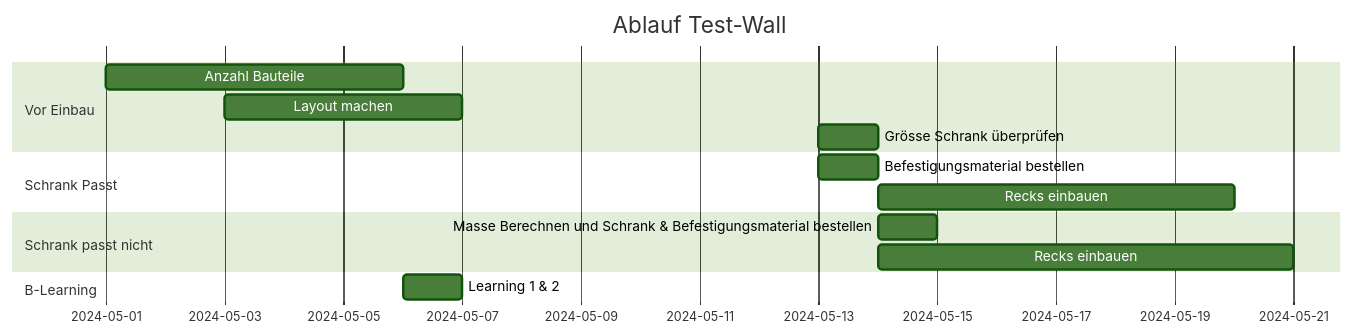
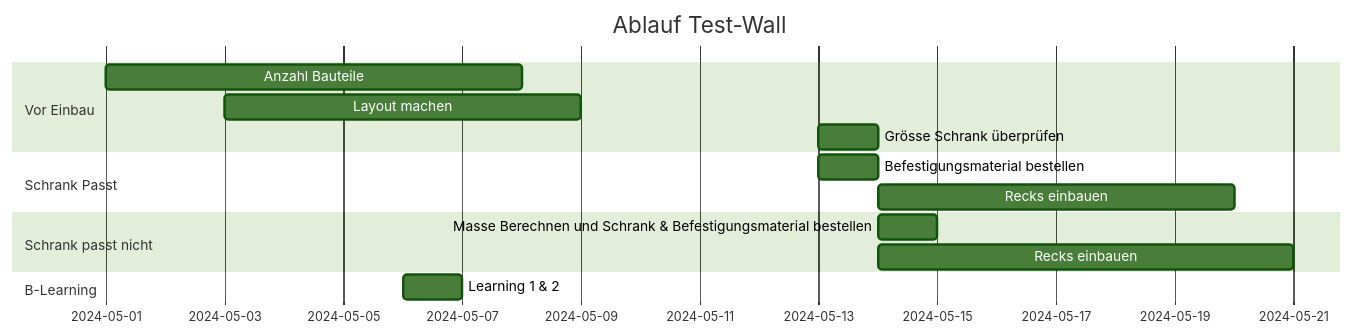
Before and after one commit to BenZiep/BenZiep: the diagram in Ablauf_Test-Wall.mmd, drawn with Mermaid (forest theme).

```diff
--- a/Ablauf_Test-Wall.mmd
+++ b/Ablauf_Test-Wall.mmd
@@ -1,15 +1,15 @@
 gantt
     title Ablauf Test-Wall
     dateFormat  YYYY-MM-DD
     section Vor Einbau
-    Anzahl Bauteile           :a1, 2024-05-01, 5d
-    Layout machen     :a2, 2024-05-03  , 4d
+    Anzahl Bauteile           :a1, 2024-05-01, 7d
+    Layout machen     :a2, 2024-05-03  , 6d
     Grösse Schrank überprüfen :a3, 2024-05-13, 1d
     section Schrank Passt
     Befestigungsmaterial bestellen      :b1, 2024-05-13 , 1d
     Recks einbauen      :after b1, 6d
     section Schrank passt nicht
     Masse Berechnen und Schrank & Befestigungsmaterial bestellen :after a3, 1d
     Recks einbauen :c1, after b1, 7d
     section B-Learning
     Learning 1 & 2 :d1, 2024-05-06, 1d
```
